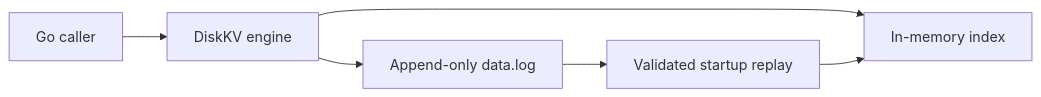
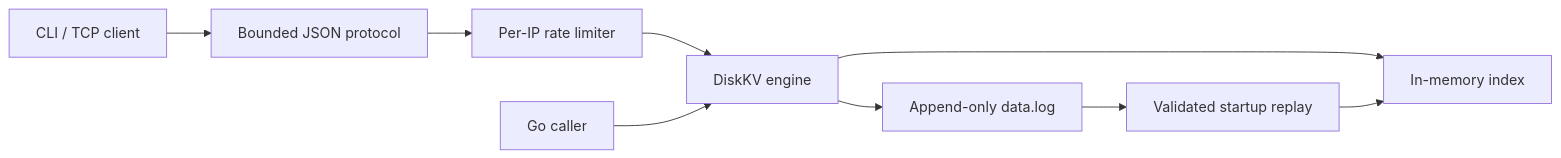
One commit to Ahmad-Mosha/kv-store changed the diagram in README.md. Above: the diagram before and after it, drawn with Mermaid. The commit also changed other lines of this file and 1 other file, not shown here.

Commit message:
docs: describe TCP protocol and rate limiting

````diff
--- a/README.md
+++ b/README.md
@@ -21,8 +22,11 @@
 ```mermaid
 flowchart LR
-    Caller[Go caller] --> Engine[DiskKV engine]
+    CLI[CLI / TCP client] --> Protocol[Bounded JSON protocol]
+    Protocol --> Limits[Per-IP rate limiter]
+    Limits --> Engine[DiskKV engine]
+    Caller[Go caller] --> Engine
     Engine --> Index[In-memory index]
     Engine --> Log[Append-only data.log]
     Log --> Recovery[Validated startup replay]
     Recovery --> Index
 ```
````
